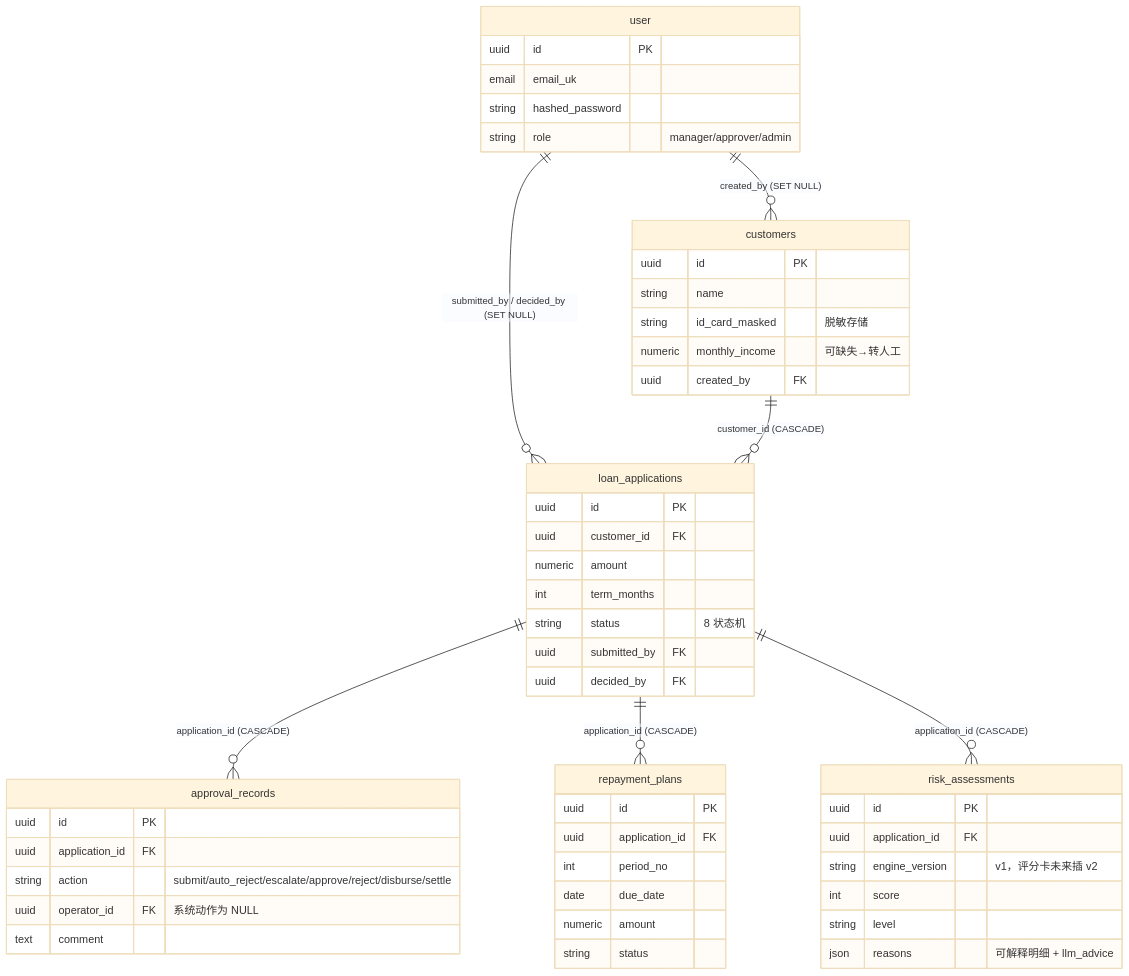
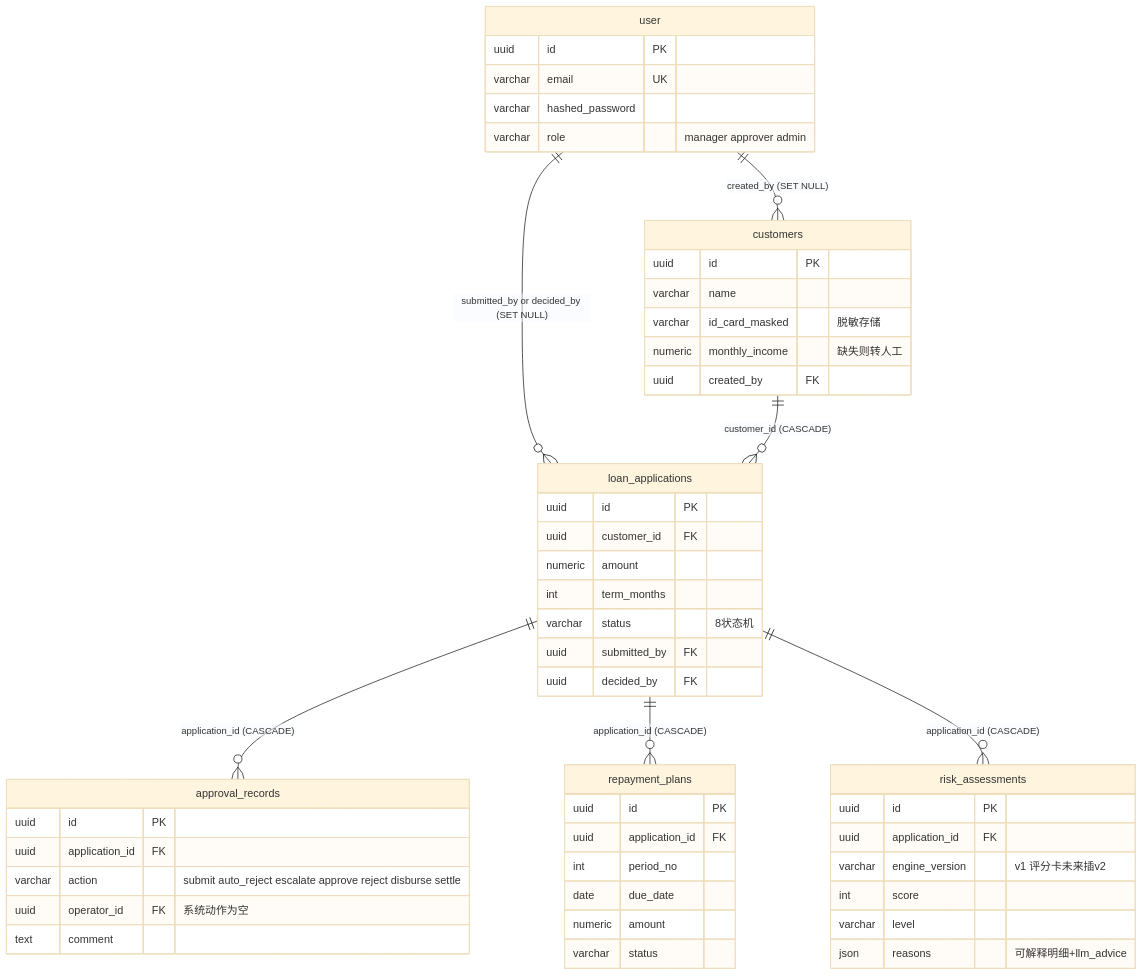
One commit to jasmine-crate/credit-approval-system changed the second of 3 diagrams in README.md. Above: the diagram before and after it, drawn with Mermaid (base theme). The commit also changed other lines of this file, not shown here.

Commit message:
docs: make mermaid diagrams render on GitHub
Quote node labels, use id[title] subgraph form, drop reserved chars
(colon, slashes, arrows) from labels and ER comments

````diff
--- a/README.md
+++ b/README.md
@@ -44,55 +44,55 @@
 ```mermaid
 erDiagram
     user ||--o{ customers : "created_by (SET NULL)"
-    user ||--o{ loan_applications : "submitted_by / decided_by (SET NULL)"
+    user ||--o{ loan_applications : "submitted_by or decided_by (SET NULL)"
     customers ||--o{ loan_applications : "customer_id (CASCADE)"
     loan_applications ||--o{ approval_records : "application_id (CASCADE)"
     loan_applications ||--o{ repayment_plans : "application_id (CASCADE)"
     loan_applications ||--o{ risk_assessments : "application_id (CASCADE)"
 
     user {
         uuid id PK
-        email email_uk
-        string hashed_password
-        string role "manager/approver/admin"
+        varchar email UK
+        varchar hashed_password
+        varchar role "manager approver admin"
     }
     customers {
         uuid id PK
-        string name
-        string id_card_masked "脱敏存储"
-        numeric monthly_income "可缺失→转人工"
+        varchar name
+        varchar id_card_masked "脱敏存储"
+        numeric monthly_income "缺失则转人工"
         uuid created_by FK
     }
     loan_applications {
         uuid id PK
         uuid customer_id FK
         numeric amount
         int term_months
-        string status "8 状态机"
+        varchar status "8状态机"
         uuid submitted_by FK
         uuid decided_by FK
     }
     approval_records {
         uuid id PK
         uuid application_id FK
-        string action "submit/auto_reject/escalate/approve/reject/disburse/settle"
-        uuid operator_id FK "系统动作为 NULL"
+        varchar action "submit auto_reject escalate approve reject disburse settle"
+        uuid operator_id FK "系统动作为空"
         text comment
     }
     repayment_plans {
         uuid id PK
         uuid application_id FK
         int period_no
         date due_date
         numeric amount
-        string status
+        varchar status
     }
     risk_assessments {
         uuid id PK
         uuid application_id FK
-        string engine_version "v1，评分卡未来插 v2"
+        varchar engine_version "v1 评分卡未来插v2"
         int score
-        string level
-        json reasons "可解释明细 + llm_advice"
+        varchar level
+        json reasons "可解释明细+llm_advice"
     }
 ```
````
